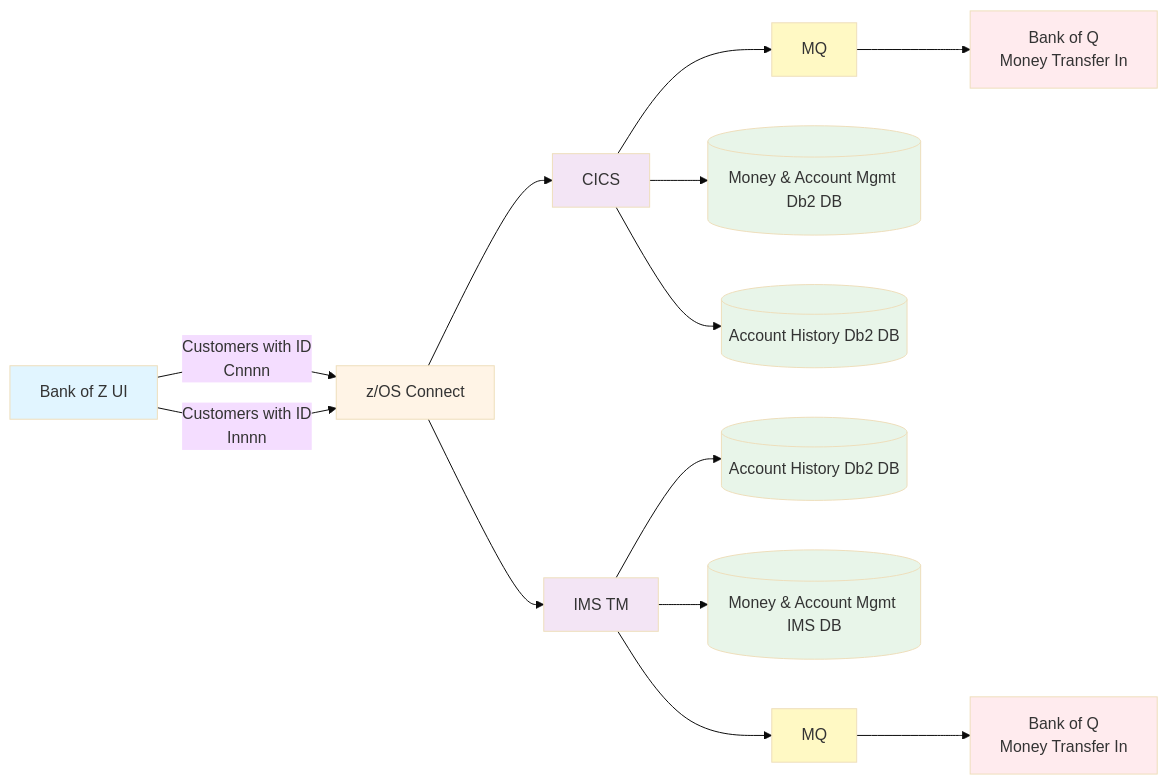
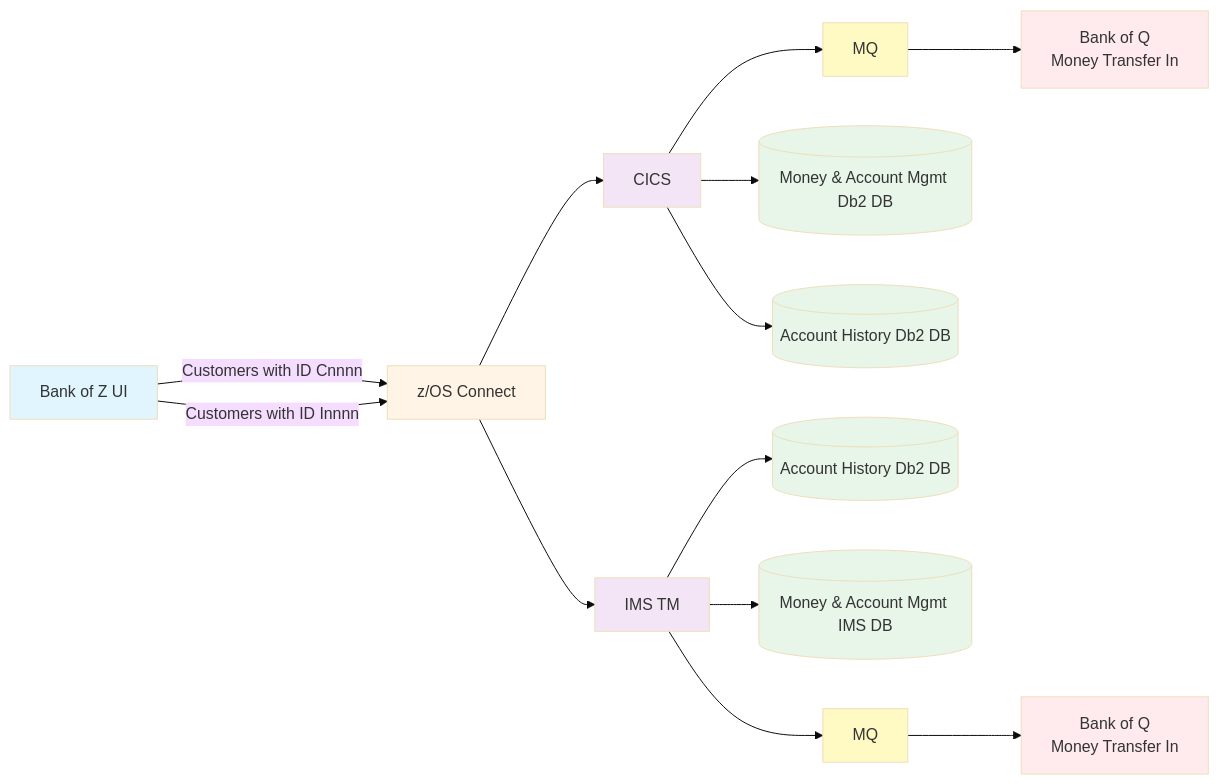
The diagram in README.md (davidjwriter/Bank-of-Z), drawn with Mermaid (base theme) before and after one commit.

Commit message:
minor tweak to the chart

````diff
--- a/README.md
+++ b/README.md
@@ -11,53 +11,51 @@
 ```mermaid
 graph LR
     UI[Bank of Z UI]
     ZOS[z/OS Connect]
     
     CICS[CICS]
     IMS[IMS TM]
     
     MQ1[MQ]
     DB2_CICS[("Money & Account Mgmt Db2 DB")]
     HISTDB_CICS[("Account History Db2 DB")]
     
     HISTDB_IMS[("Account History Db2 DB")]
     DB2_IMS[("Money & Account Mgmt IMS DB")]
     MQ2[MQ]
     
     BANKQ1["Bank of Q
     Money Transfer In"]
     BANKQ2["Bank of Q
     Money Transfer In"]
     
-    UI -->|"Customers with ID
-    Cnnnn"| ZOS
-    UI -->|"Customers with ID
-    Innnn"| ZOS
+    UI -->|"Customers with ID Cnnnn"| ZOS
+    UI -->|"Customers with ID Innnn"| ZOS
     
     ZOS --> CICS
     ZOS --> IMS
     
     CICS --> MQ1
     CICS --> DB2_CICS
     CICS --> HISTDB_CICS
     
     IMS --> HISTDB_IMS
     IMS --> DB2_IMS
     IMS --> MQ2
     
     MQ1 --> BANKQ1
     MQ2 --> BANKQ2
     
     style UI fill:#e1f5ff
     style ZOS fill:#fff4e6
     style CICS fill:#f3e5f5
     style IMS fill:#f3e5f5
     style DB2_CICS fill:#e8f5e9
     style DB2_IMS fill:#e8f5e9
     style HISTDB_CICS fill:#e8f5e9
     style HISTDB_IMS fill:#e8f5e9
     style MQ1 fill:#fff9c4
     style MQ2 fill:#fff9c4
     style BANKQ1 fill:#ffebee
     style BANKQ2 fill:#ffebee
 ```
````
